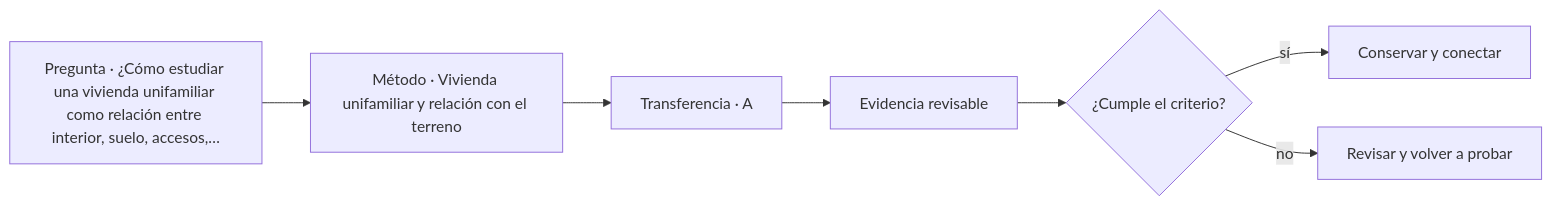
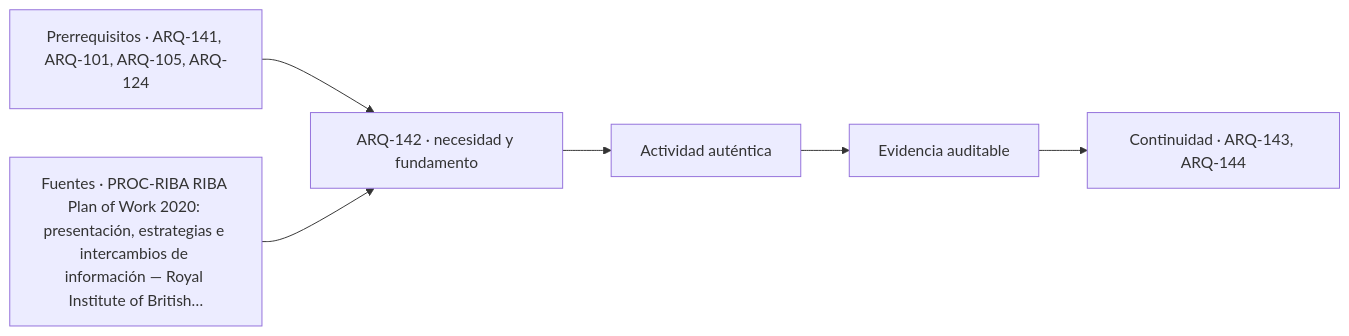
One commit to vladimiracunadev-create/architecture-built-environment-learning-program changed the diagram in classes/parte-15/ARQ-142.md. Above: the diagram before and after it, drawn with Mermaid. The commit also changed other lines of this file and 761 other files, not shown here.

````diff
--- a/classes/parte-15/ARQ-142.md
+++ b/classes/parte-15/ARQ-142.md
@@ -108,9 +120,8 @@
 ```mermaid
 flowchart LR
-    Q["Pregunta · ¿Cómo estudiar una vivienda unifamiliar como relación entre interior, suelo, accesos,…"] --> M["Método · Vivienda unifamiliar y relación con el terreno"]
-    M --> P["Transferencia · A"]
-    P --> E["Evidencia revisable"]
-    E --> C{"¿Cumple el criterio?"}
-    C -->|sí| T["Conservar y conectar"]
-    C -->|no| R["Revisar y volver a probar"]
+    A["Prerrequisitos · ARQ-141, ARQ-101, ARQ-105, ARQ-124"] --> B["ARQ-142 · necesidad y fundamento"]
+    S["Fuentes · PROC-RIBA RIBA Plan of Work 2020: presentación, estrategias e intercambios de información — Royal Institute of British…"] --> B
+    B --> C["Actividad auténtica"]
+    C --> D["Evidencia auditable"]
+    D --> E["Continuidad · ARQ-143, ARQ-144"]
 ```
````
